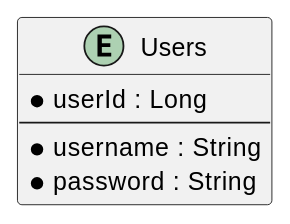
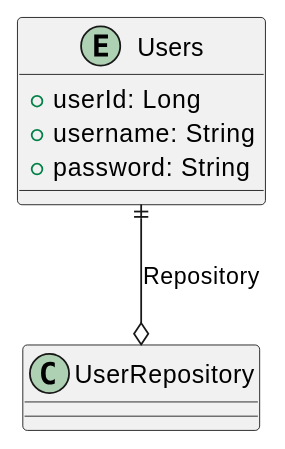
Before and after one commit to Dinesh-s95/AutoDoc.ai: the fifth of 5 diagrams in identityprovider/documentation/detaileddesign.adoc, drawn with PlantUML. The commit also changed other lines of this file and 23 other files, not shown here.

```diff
--- a/identityprovider/documentation/detaileddesign.adoc
+++ b/identityprovider/documentation/detaileddesign.adoc
@@ -183,12 +112,10 @@
-[plantuml, entity-relationship-diagram, png]
+[plantuml, er-diagram]
 ----
-@startuml
-entity "Users" {
-  * userId : Long
-  --
-  * username : String
-  * password : String
+entity Users {
+  + userId: Long
+  + username: String
+  + password: String
 }
 
-@enduml
+Users ||--o UserRepository : Repository
 ----
```
